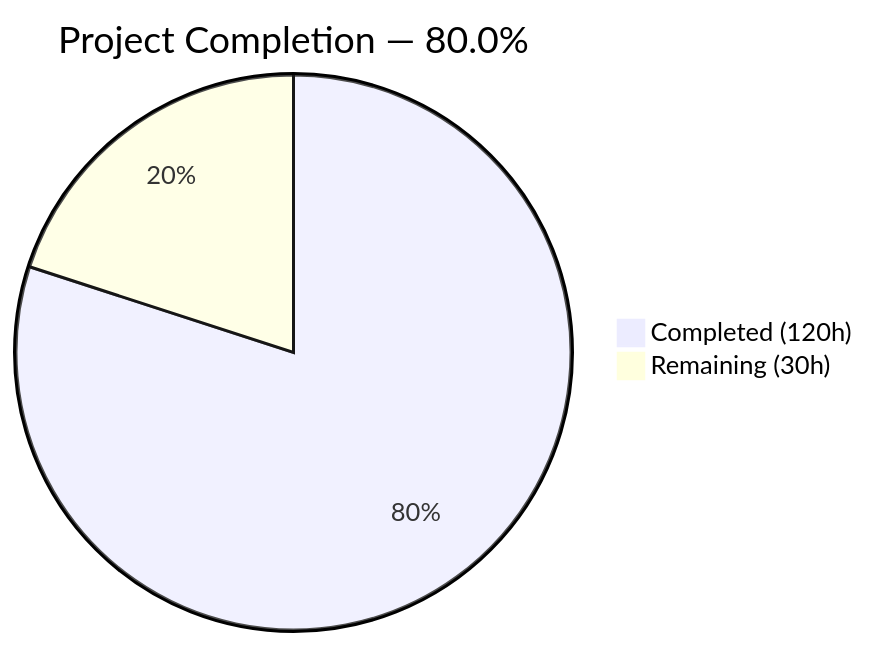
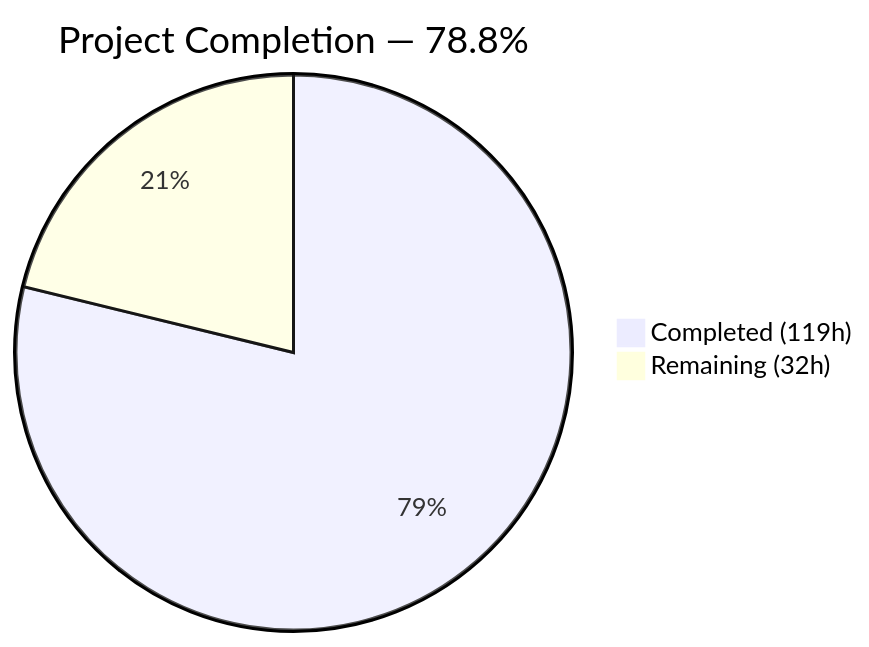
The first of 2 diagrams in blitzy/documentation/Project Guide.md (Blitzy-Sandbox/blitzy-cal), drawn with Mermaid before and after one commit. The commit also changed other lines of this file, not shown here.

Commit message:
Adding Blitzy Project Guide: Project Status and Human Tasks Remaining

````diff
--- a/blitzy/documentation/Project Guide.md
+++ b/blitzy/documentation/Project Guide.md
@@ -13,5 +13,5 @@
 ```mermaid
-pie title Project Completion — 80.0%
-    "Completed (120h)" : 120
-    "Remaining (30h)" : 30
+pie title Project Completion — 78.8%
+    "Completed (119h)" : 119
+    "Remaining (32h)" : 32
 ```
````
